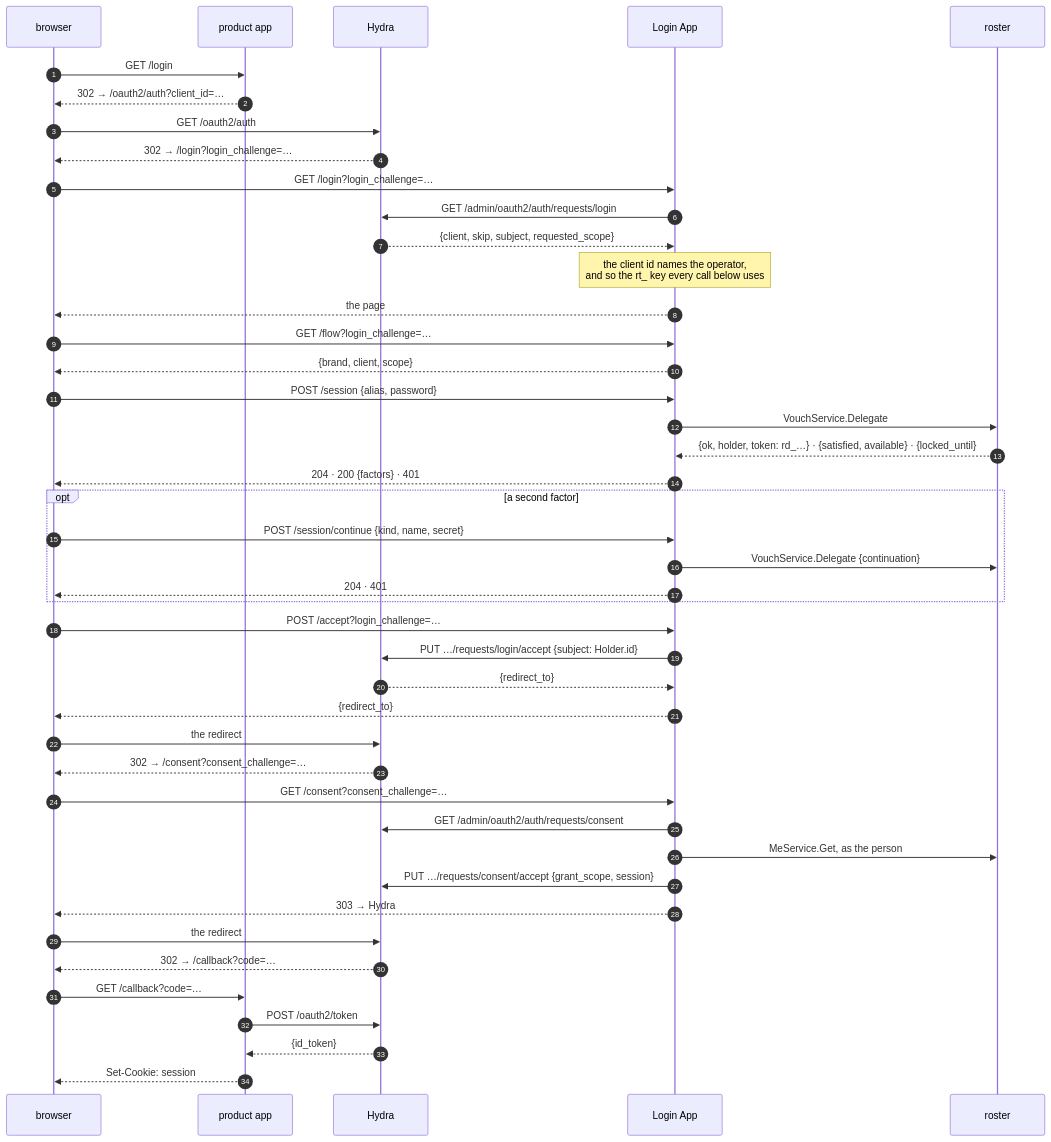
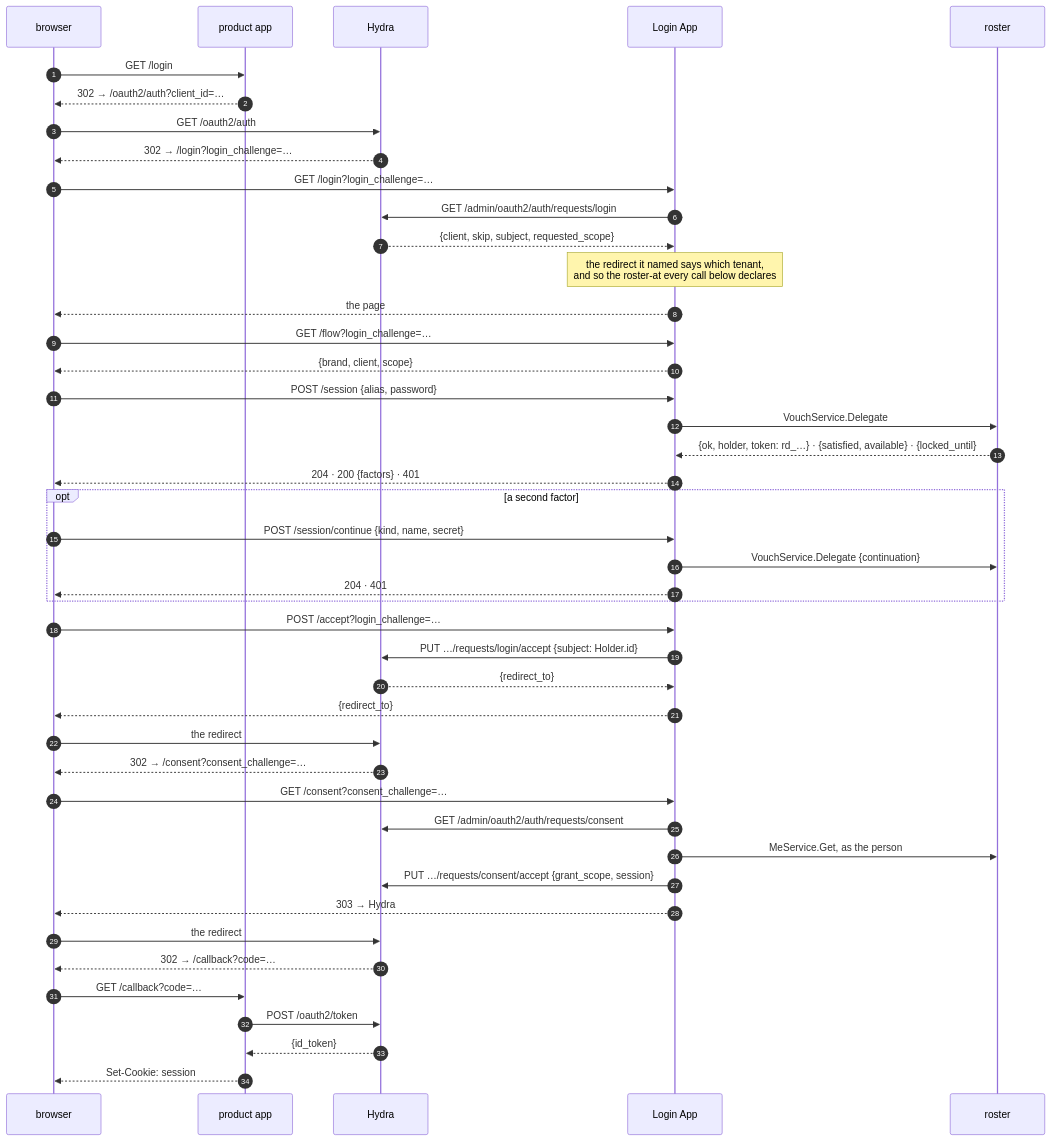
The third of 6 diagrams in docs/login.md (lesomnus/roster), drawn with Mermaid before and after one commit. The commit also changed other lines of this file and 30 other files, not shown here.

````diff
--- a/docs/login.md
+++ b/docs/login.md
@@ -191,52 +205,52 @@
 ```mermaid
 sequenceDiagram
   autonumber
   participant B as browser
   participant P as product app
   participant H as Hydra
   participant L as Login App
   participant R as roster
 
   B->>P: GET /login
   P-->>B: 302 → /oauth2/auth?client_id=…
   B->>H: GET /oauth2/auth
   H-->>B: 302 → /login?login_challenge=…
 
   B->>L: GET /login?login_challenge=…
   L->>H: GET /admin/oauth2/auth/requests/login
   H-->>L: {client, skip, subject, requested_scope}
-  Note over L: the client id names the operator,<br/>and so the rt_ key every call below uses
+  Note over L: the redirect it named says which tenant,<br/>and so the roster-at every call below declares
   L-->>B: the page
   B->>L: GET /flow?login_challenge=…
   L-->>B: {brand, client, scope}
 
   B->>L: POST /session {alias, password}
   L->>R: VouchService.Delegate
   R-->>L: {ok, holder, token: rd_…} · {satisfied, available} · {locked_until}
   L-->>B: 204 · 200 {factors} · 401
 
   opt a second factor
     B->>L: POST /session/continue {kind, name, secret}
     L->>R: VouchService.Delegate {continuation}
     L-->>B: 204 · 401
   end
 
   B->>L: POST /accept?login_challenge=…
   L->>H: PUT …/requests/login/accept {subject: Holder.id}
   H-->>L: {redirect_to}
   L-->>B: {redirect_to}
   B->>H: the redirect
   H-->>B: 302 → /consent?consent_challenge=…
 
   B->>L: GET /consent?consent_challenge=…
   L->>H: GET /admin/oauth2/auth/requests/consent
   L->>R: MeService.Get, as the person
   L->>H: PUT …/requests/consent/accept {grant_scope, session}
   L-->>B: 303 → Hydra
   B->>H: the redirect
   H-->>B: 302 → /callback?code=…
   B->>P: GET /callback?code=…
   P->>H: POST /oauth2/token
   H-->>P: {id_token}
   P-->>B: Set-Cookie: session
 ```
````
